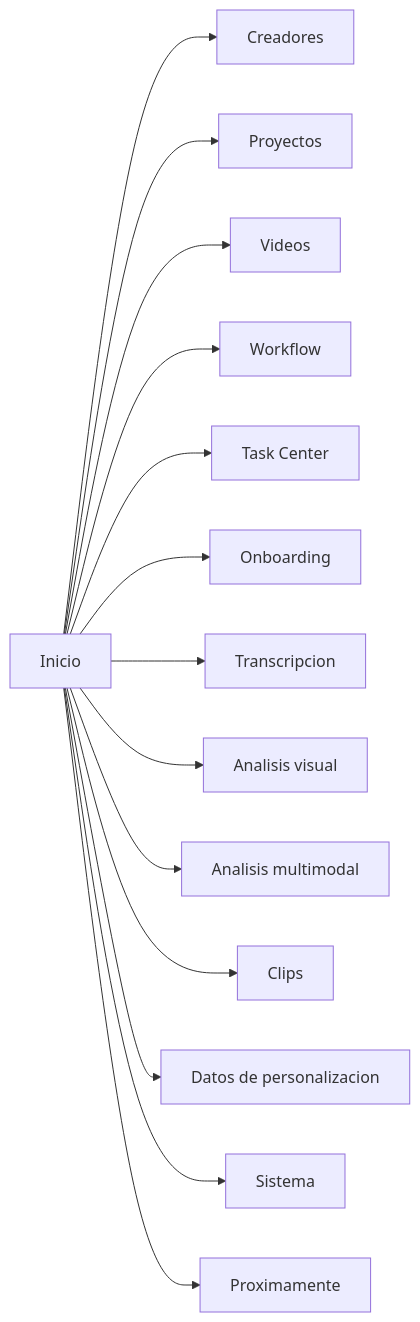
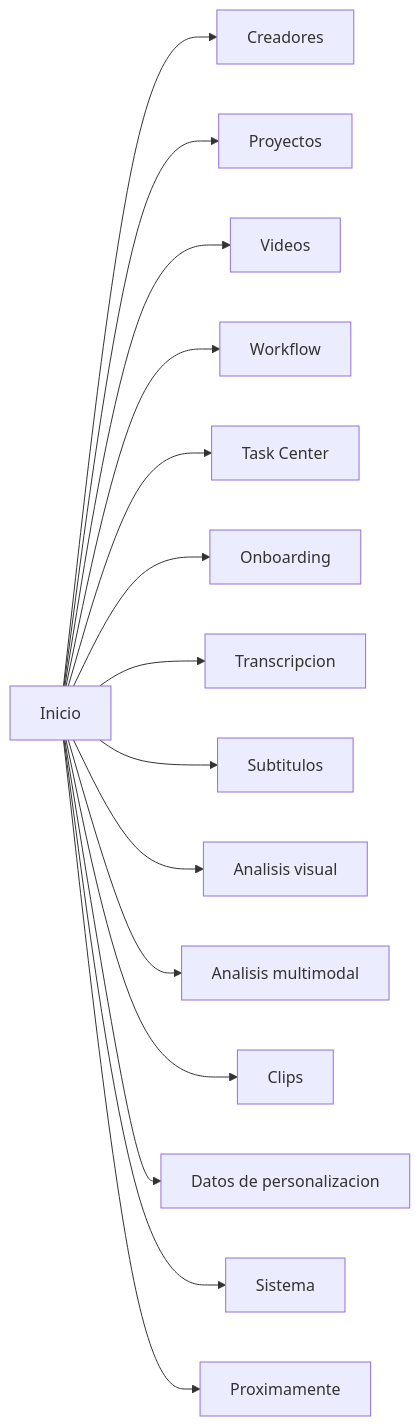
Before and after one commit to AS26-Lab/Creator_Inteligence_Studio: the diagram in docs/UI_MAP.md, drawn with Mermaid. The commit also changed other lines of this file and 39 other files, not shown here.

````diff
--- a/docs/UI_MAP.md
+++ b/docs/UI_MAP.md
@@ -5,16 +5,17 @@
 ```mermaid
 flowchart LR
     Home[Inicio] --> Creators[Creadores]
     Home --> Projects[Proyectos]
     Home --> Media[Videos]
     Home --> Workflow[Workflow]
     Home --> Tasks[Task Center]
     Home --> Onboarding[Onboarding]
     Home --> Transcription[Transcripcion]
+    Home --> Subtitles[Subtitulos]
     Home --> Visual[Analisis visual]
     Home --> Multimodal[Analisis multimodal]
     Home --> Clips[Clips]
     Home --> Personalization[Datos de personalizacion]
     Home --> System[Sistema]
     Home --> Future[Proximamente]
 ```
````
